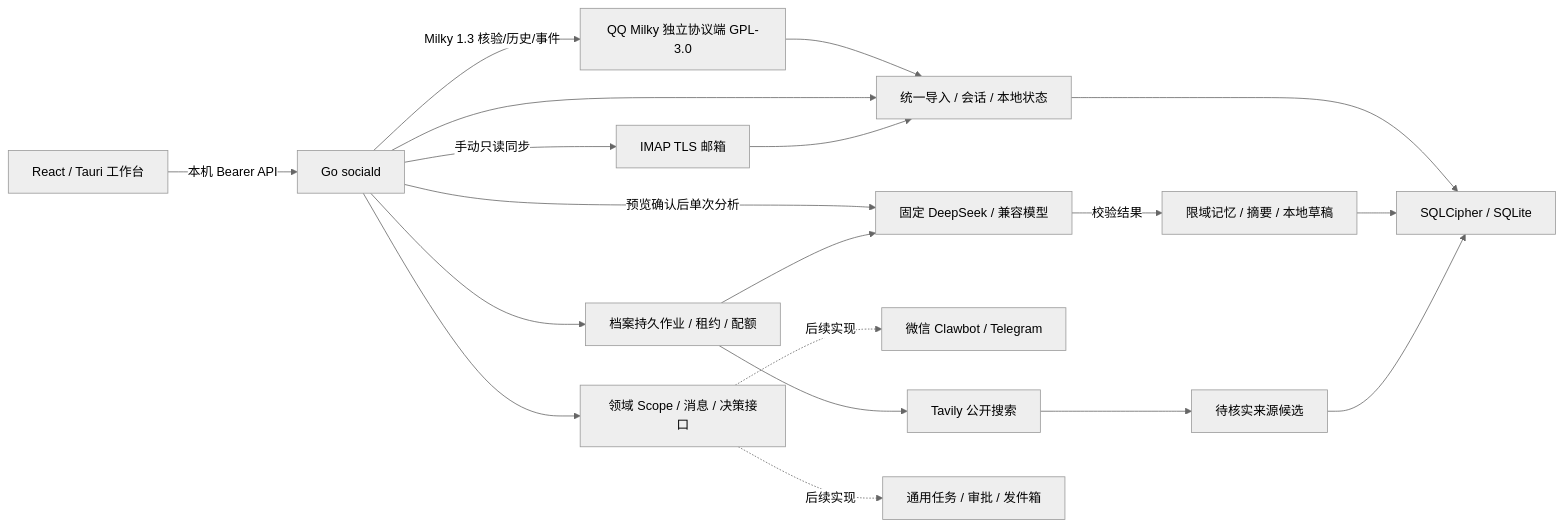
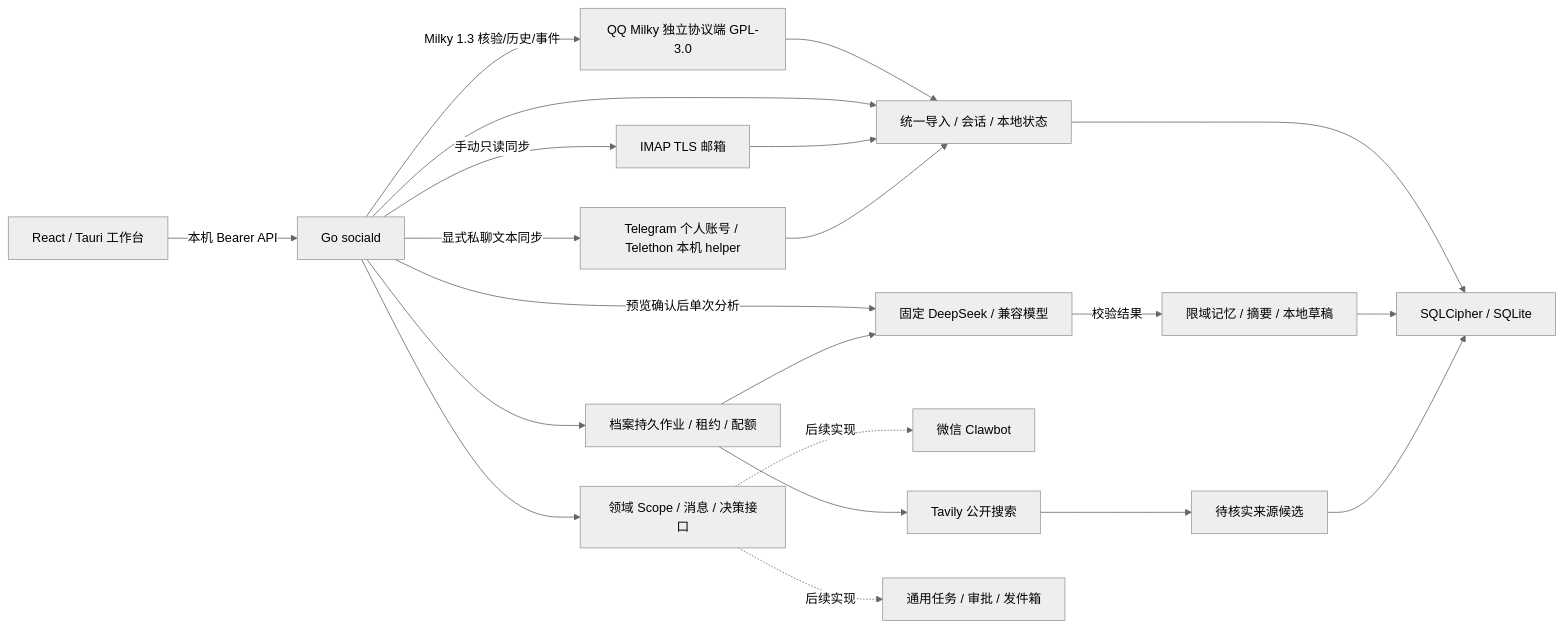
The diagram in README.md (qilinbro/msg-manager), drawn with Mermaid (neutral theme) before and after one commit. The commit also changed other lines of this file and 40 other files, not shown here.

````diff
--- a/README.md
+++ b/README.md
@@ -93,21 +94,23 @@
 ```mermaid
 flowchart LR
     UI[React / Tauri 工作台] -->|本机 Bearer API| API[Go sociald]
     API -->|Milky 1.3 核验/历史/事件| MILKY[QQ Milky 独立协议端 GPL-3.0]
     MILKY --> INBOX
     API --> DOMAIN[领域 Scope / 消息 / 决策接口]
     API --> INBOX[统一导入 / 会话 / 本地状态]
     INBOX --> STORE[SQLCipher / SQLite]
     API -->|手动只读同步| EMAIL[IMAP TLS 邮箱]
     EMAIL --> INBOX
     API -->|预览确认后单次分析| AI[固定 DeepSeek / 兼容模型]
     AI -->|校验结果| MEMORY[限域记忆 / 摘要 / 本地草稿]
     MEMORY --> STORE
-    DOMAIN -. 后续实现 .-> CONNECTOR[微信 Clawbot / Telegram]
+    API -->|显式私聊文本同步| TELEGRAM[Telegram 个人账号 / Telethon 本机 helper]
+    TELEGRAM --> INBOX
+    DOMAIN -. 后续实现 .-> CONNECTOR[微信 Clawbot]
     API --> JOBS[档案持久作业 / 租约 / 配额]
     JOBS --> AI
     JOBS --> SEARCH[Tavily 公开搜索]
     SEARCH --> CANDIDATE[待核实来源候选]
     CANDIDATE --> STORE
     DOMAIN -. 后续实现 .-> AGENT[通用任务 / 审批 / 发件箱]
 ```
````
